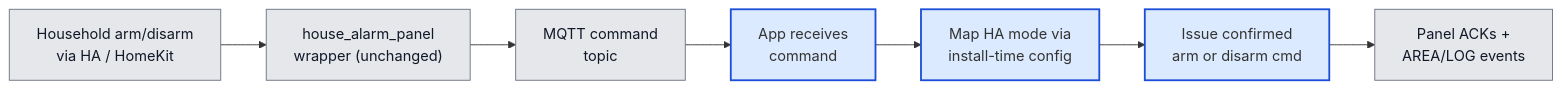
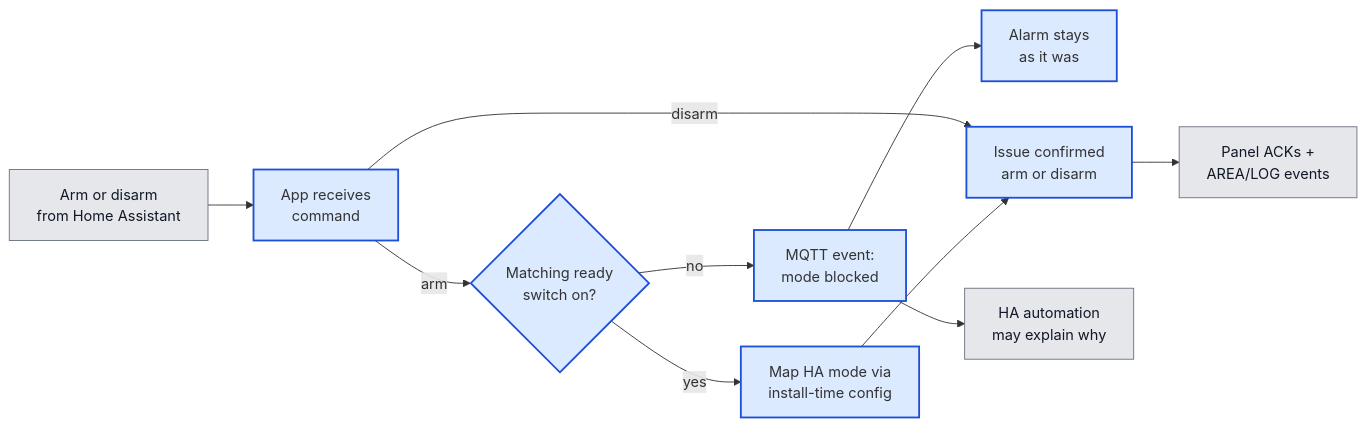
Before and after one commit to michaelmarconi/texecom_alarm: the seventh of 7 diagrams in docs/architecture.md, drawn with Mermaid. The commit also changed other lines of this file and 5 other files, not shown here.

Commit message:
Fold ready-to-arm into the architecture and plan the switch-and-refuse wave so unready arm never reaches the panel.

````diff
--- a/docs/architecture.md
+++ b/docs/architecture.md
@@ -479,15 +530,22 @@
 ```mermaid
 flowchart LR
-    Cmd["Household arm/disarm<br/>via HA / HomeKit"]:::external
-    Wrapper["house_alarm_panel<br/>wrapper (unchanged)"]:::external
-    MqttCmd["MQTT command<br/>topic"]:::external
+    Cmd["Arm or disarm<br/>from Home Assistant"]:::external
     Recv["App receives<br/>command"]:::owned
+    Ready{"Matching ready<br/>switch on?"}:::owned
+    Event["MQTT event:<br/>mode blocked"]:::owned
+    Stay["Alarm stays<br/>as it was"]:::owned
     Map["Map HA mode via<br/>install-time config"]:::owned
-    Send["Issue confirmed<br/>arm or disarm cmd"]:::owned
+    Send["Issue confirmed<br/>arm or disarm"]:::owned
     Panel["Panel ACKs +<br/>AREA/LOG events"]:::external
+    HA["HA automation<br/>may explain why"]:::external
 
-    Cmd --> Wrapper --> MqttCmd --> Recv --> Map --> Send --> Panel
+    Cmd --> Recv
+    Recv -->|disarm| Send
+    Recv -->|arm| Ready
+    Ready -->|no| Event --> Stay
+    Event --> HA
+    Ready -->|yes| Map --> Send --> Panel
 
     classDef owned fill:#dbeafe,stroke:#1d4ed8,stroke-width:2px
     classDef external fill:#e5e7eb,stroke:#6b7280,color:#111827
 ```
````
